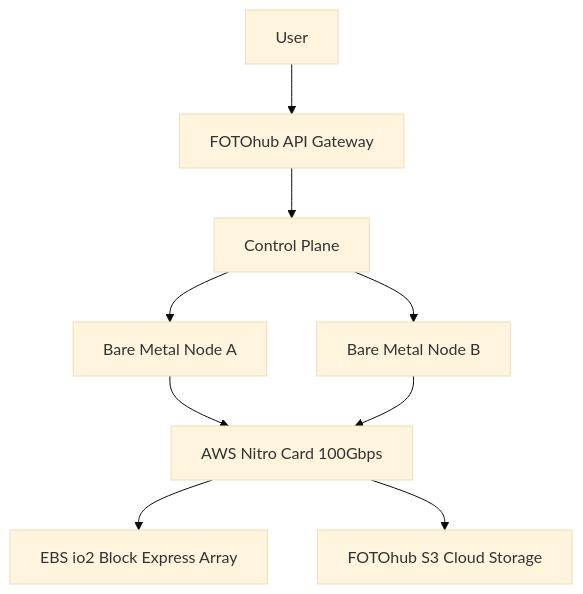
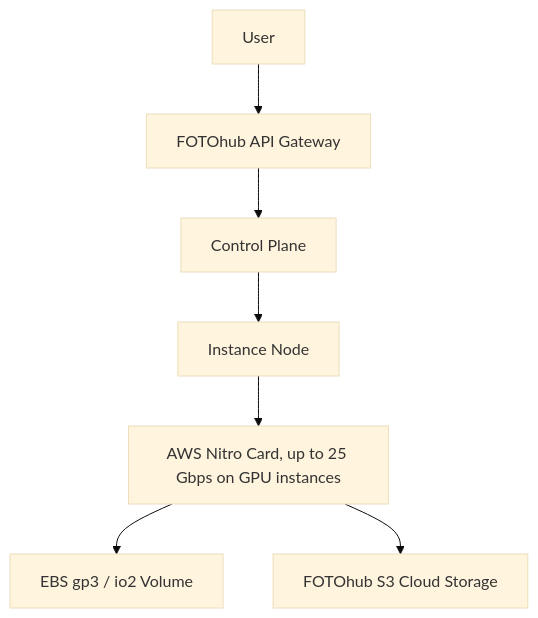
The second of 2 diagrams in compute/benchmarks-comparison.md (fotohubapp/docs), drawn with Mermaid (base theme) before and after one commit. The commit also changed other lines of this file and 91 other files, not shown here.

````diff
--- a/compute/benchmarks-comparison.md
+++ b/compute/benchmarks-comparison.md
@@ -627,11 +372,9 @@
 ```mermaid
 graph TD
     User --> API[FOTOhub API Gateway]
     API --> Control[Control Plane]
-    Control --> NodeA[Bare Metal Node A]
-    Control --> NodeB[Bare Metal Node B]
-    NodeA --> Nitro[AWS Nitro Card 100Gbps]
-    NodeB --> Nitro
-    Nitro --> EBS[EBS io2 Block Express Array]
+    Control --> NodeA[Instance Node]
+    NodeA --> Nitro[AWS Nitro Card, up to 25 Gbps on GPU instances]
+    Nitro --> EBS[EBS gp3 / io2 Volume]
     Nitro --> S3[FOTOhub S3 Cloud Storage]
 ```
````
